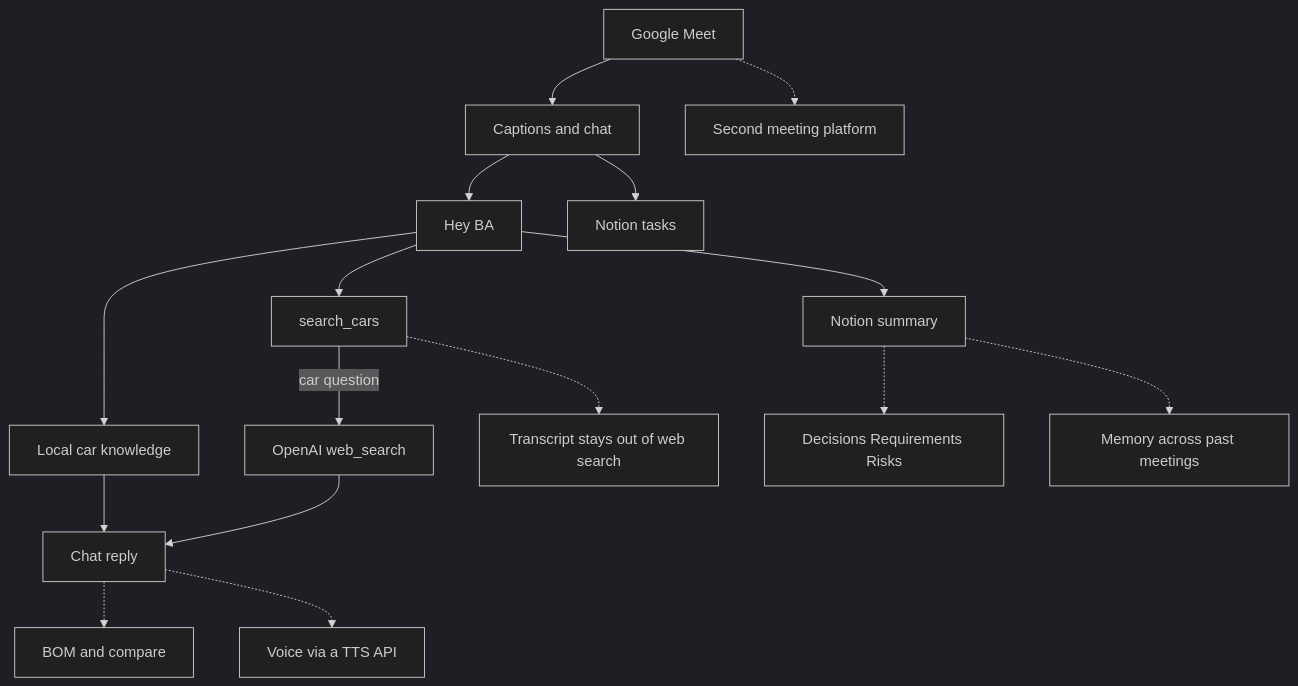
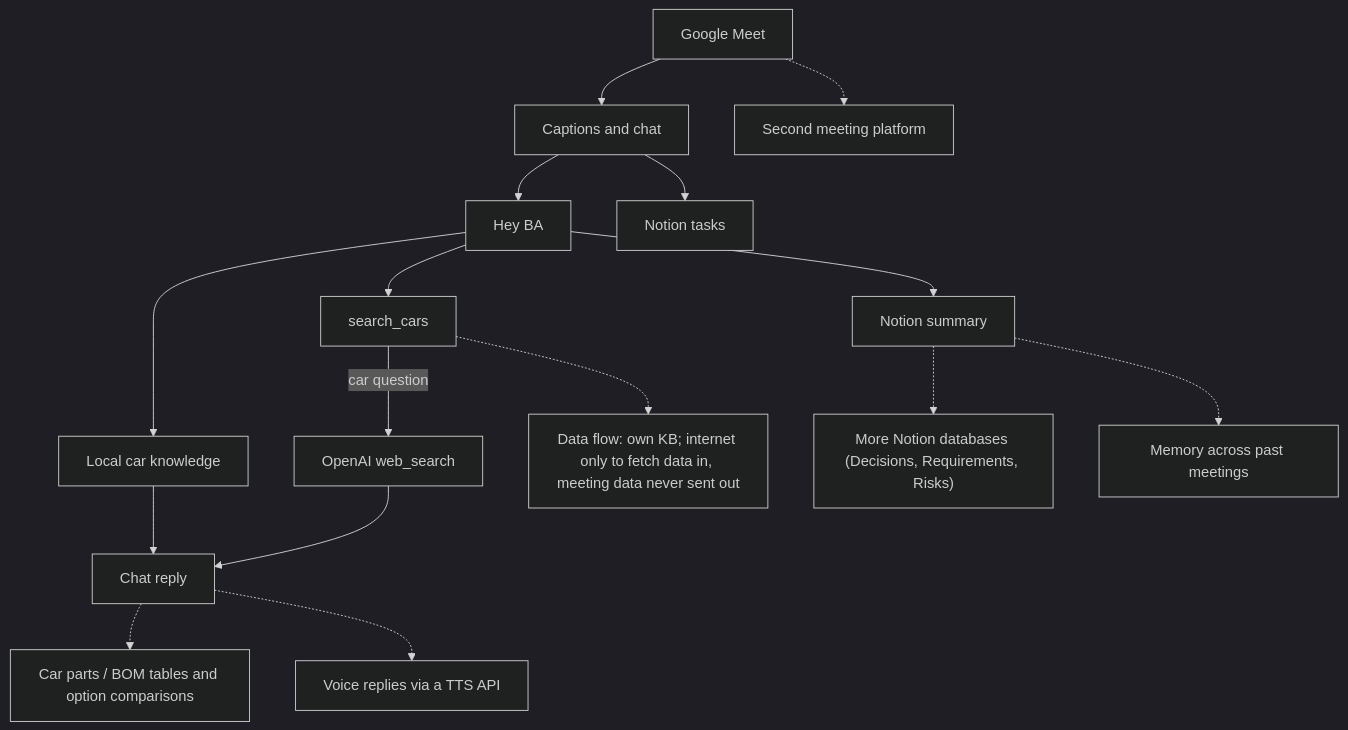
Before and after one commit to Ali-Aizaz/ba-meeting-agent: the diagram in docs/diagrams/architecture.mmd, drawn with Mermaid (dark theme). The commit also changed 25 other files, not shown here.

```diff
--- a/docs/diagrams/architecture.mmd
+++ b/docs/diagrams/architecture.mmd
@@ -1,34 +1,34 @@
 flowchart TD
   meet[Google Meet]
   captions[Captions and chat]
   wake[Hey BA]
   knowledge[Local car knowledge]
   searchCars[search_cars]
   openai[OpenAI web_search]
   reply[Chat reply]
   summaryPage[Notion summary]
   taskDb[Notion tasks]
 
   meet --> captions
   captions --> wake
   wake --> knowledge
   knowledge --> reply
   wake --> searchCars
   searchCars -->|car question| openai
   openai --> reply
   captions --> taskDb
   wake --> summaryPage
 
-  decisions[Decisions Requirements Risks]
-  bom[BOM and compare]
-  platform[Second meeting platform]
-  voice[Voice via a TTS API]
-  memory[Memory across past meetings]
-  dataflow[Transcript stays out of web search]
+  decisions["More Notion databases (Decisions, Requirements, Risks)"]
+  bom["Car parts / BOM tables and option comparisons"]
+  platform["Second meeting platform"]
+  voice["Voice replies via a TTS API"]
+  memory["Memory across past meetings"]
+  dataflow["Data flow: own KB; internet only to fetch data in, meeting data never sent out"]
 
   summaryPage -.-> decisions
   reply -.-> bom
   meet -.-> platform
   reply -.-> voice
   summaryPage -.-> memory
   searchCars -.-> dataflow
```
